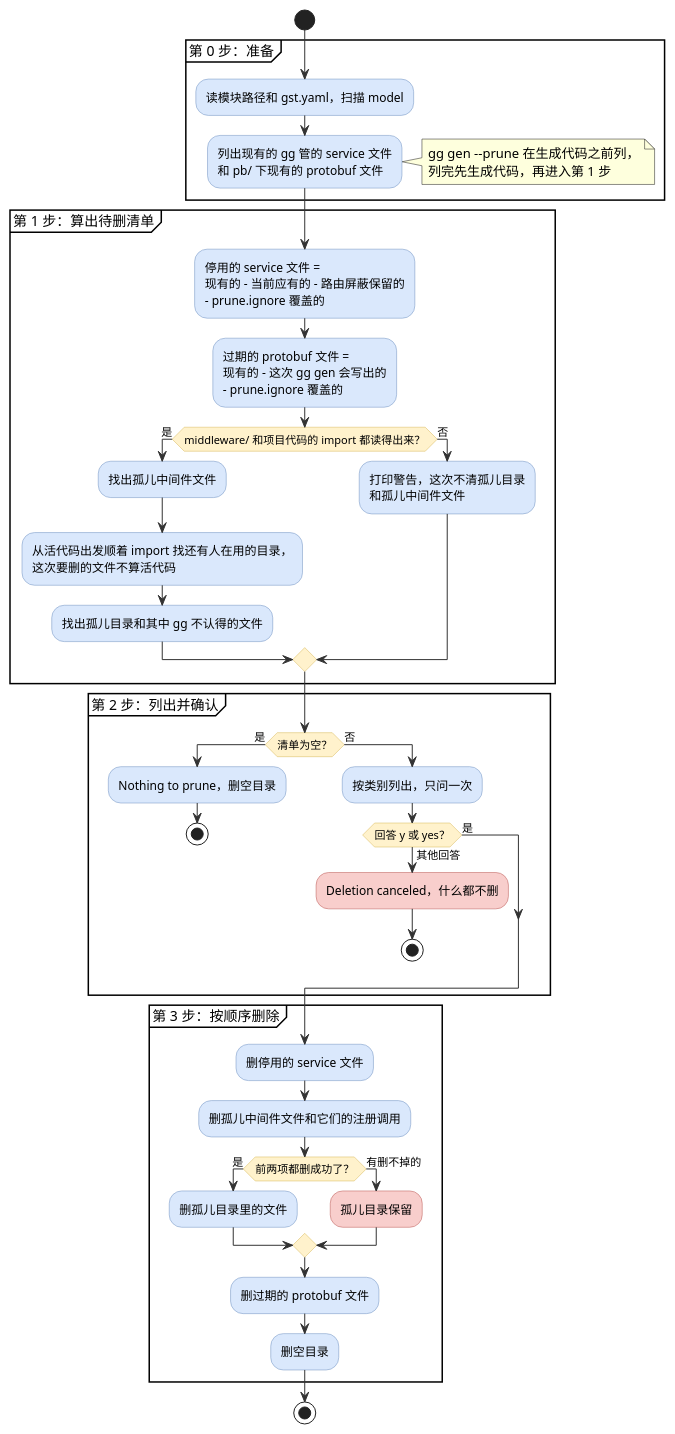
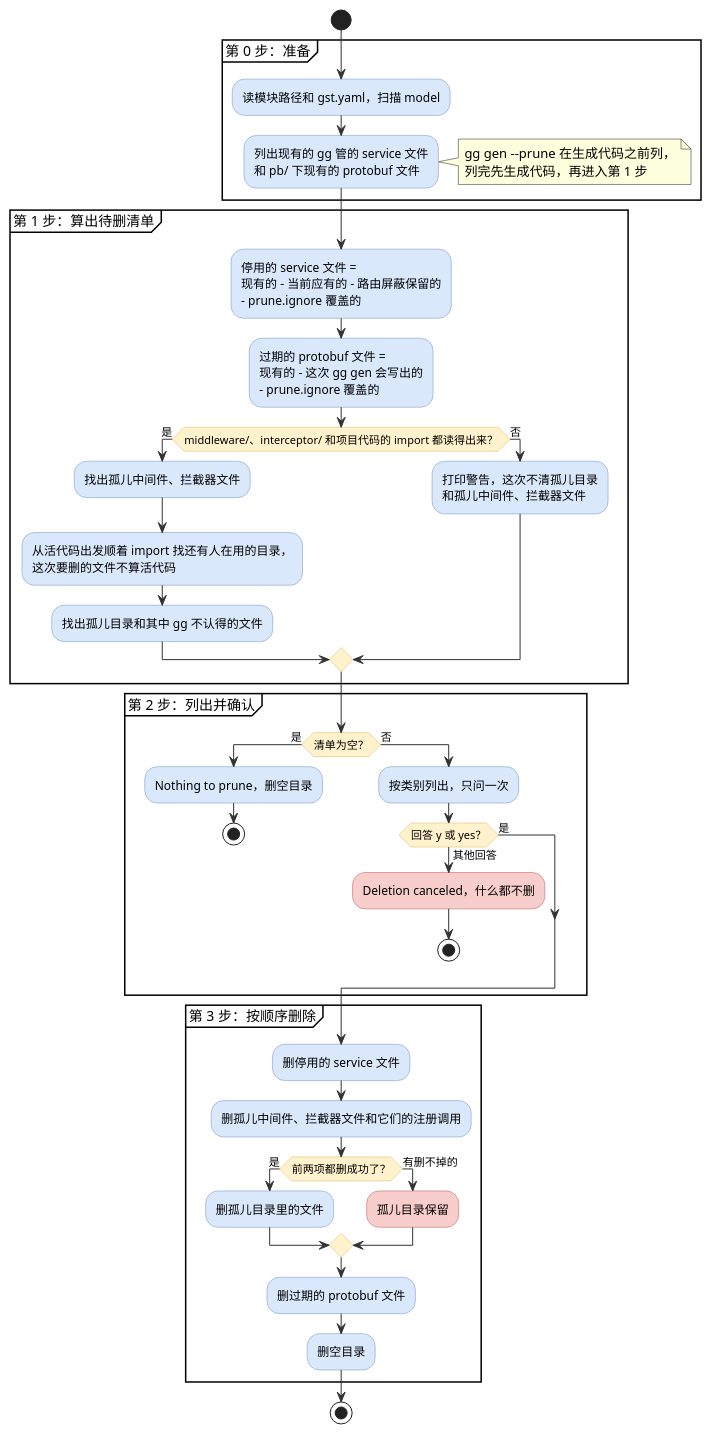
One commit to hydroan/gst changed the first of 2 diagrams in cmd/gg/PRUNE.md. Above: the diagram before and after it, drawn with PlantUML. The commit also changed other lines of this file and 32 other files, not shown here.

````diff
--- a/cmd/gg/PRUNE.md
+++ b/cmd/gg/PRUNE.md
@@ -19,66 +19,66 @@
 ```plantuml
 @startuml
 skinparam activity {
   BackgroundColor #dae8fc
   BorderColor #6c8ebf
   ArrowColor #333333
   DiamondBackgroundColor #fff2cc
   DiamondBorderColor #d6b656
   BackgroundColor<<cancel>> #f8cecc
   BorderColor<<cancel>> #b85450
 }
 
 start
 partition "第 0 步：准备" {
   :读模块路径和 gst.yaml，扫描 model;
   :列出现有的 gg 管的 service 文件
   和 pb/ 下现有的 protobuf 文件;
   note right
     gg gen --prune 在生成代码之前列，
     列完先生成代码，再进入第 1 步
   end note
 }
 partition "第 1 步：算出待删清单" {
   :停用的 service 文件 =
   现有的 - 当前应有的 - 路由屏蔽保留的
   - prune.ignore 覆盖的;
   :过期的 protobuf 文件 =
   现有的 - 这次 gg gen 会写出的
   - prune.ignore 覆盖的;
-  if (middleware/ 和项目代码的 import 都读得出来？) then (是)
-    :找出孤儿中间件文件;
+  if (middleware/、interceptor/ 和项目代码的 import 都读得出来？) then (是)
+    :找出孤儿中间件、拦截器文件;
     :从活代码出发顺着 import 找还有人在用的目录，
     这次要删的文件不算活代码;
     :找出孤儿目录和其中 gg 不认得的文件;
   else (否)
     :打印警告，这次不清孤儿目录
-    和孤儿中间件文件;
+    和孤儿中间件、拦截器文件;
   endif
 }
 partition "第 2 步：列出并确认" {
   if (清单为空？) then (是)
     :Nothing to prune，删空目录;
     stop
   else (否)
     :按类别列出，只问一次;
     if (回答 y 或 yes？) then (是)
     else (其他回答)
       :Deletion canceled，什么都不删; <<cancel>>
       stop
     endif
   endif
 }
 partition "第 3 步：按顺序删除" {
   :删停用的 service 文件;
-  :删孤儿中间件文件和它们的注册调用;
+  :删孤儿中间件、拦截器文件和它们的注册调用;
   if (前两项都删成功了？) then (是)
     :删孤儿目录里的文件;
   else (有删不掉的)
     :孤儿目录保留; <<cancel>>
   endif
   :删过期的 protobuf 文件;
   :删空目录;
 }
 stop
 @enduml
 ```
````
